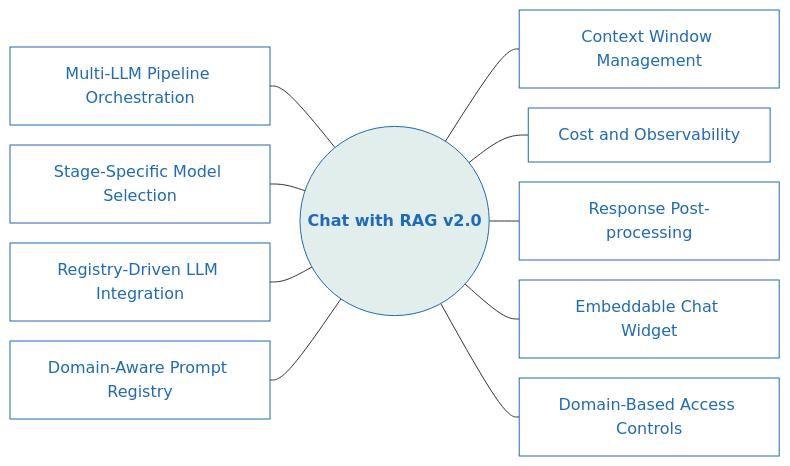
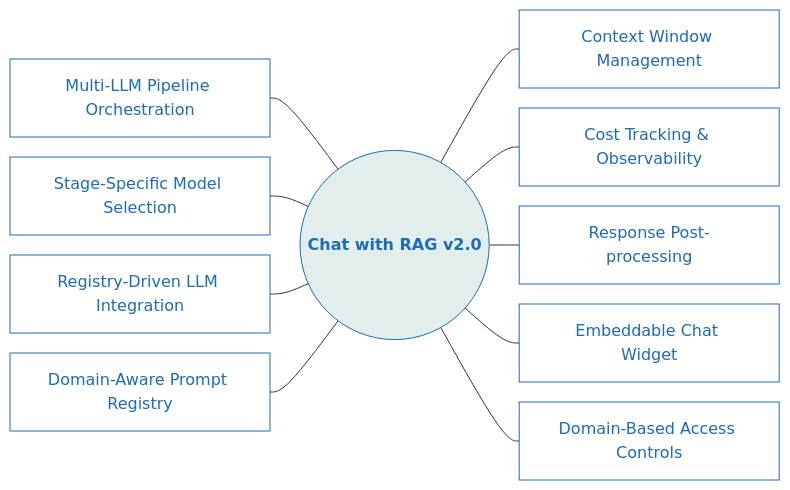
Before and after one commit to vrraj/chat-with-rag: the first of 3 diagrams in README.md, drawn with Mermaid. The commit also changed other lines of this file, not shown here.

````diff
--- a/README.md
+++ b/README.md
@@ -42,30 +42,30 @@
 ```mermaid
 %%{init: {'themeVariables': { 'nodePadding': '5', 'mainBkg': '#fff'}, 'flowchart': { 'curve': 'basis', 'rankSpacing': 30, 'nodeSpacing': 20}}}%%
 graph LR
     %% Lightened Theme Styling
     %% Core: Light Mint/White (#f0fff4) with Teal border (#159957)
     classDef core fill:#e2eeec,stroke:#1e6bb8,stroke-width:1px,color:#1e6bb8,font-weight:bold,fsize:18px;
     
     %% Features: Clean white with softer Blue borders (#1e6bb8)
     classDef feat fill:#ffffff,stroke:#1e6bb8,stroke-width:1px,color:#1e6bb8,fsize:14px;
 
     %% Left-side spokes
     F1[Multi-LLM Pipeline Orchestration] --- Core
     F2[Stage-Specific Model Selection] --- Core
     F3[Registry-Driven LLM Integration] --- Core
     F4[Domain-Aware Prompt Registry] --- Core
 
     %% The Hub (Now Light & Airy)
     Core((Chat with RAG v2.0))
 
     %% Right-side spokes
     Core --- F5[Context Window Management]
-    Core --- F6[Cost and Observability]
+    Core --- F6[Cost Tracking & Observability]
     Core --- F7[Response Post-processing]
     Core --- F8[Embeddable Chat Widget]
     Core --- F9[Domain-Based Access Controls]
 
     %% Applying styles
     class Core core;
     class F1,F2,F3,F4,F5,F6,F7,F8,F9 feat;
 ```
````
